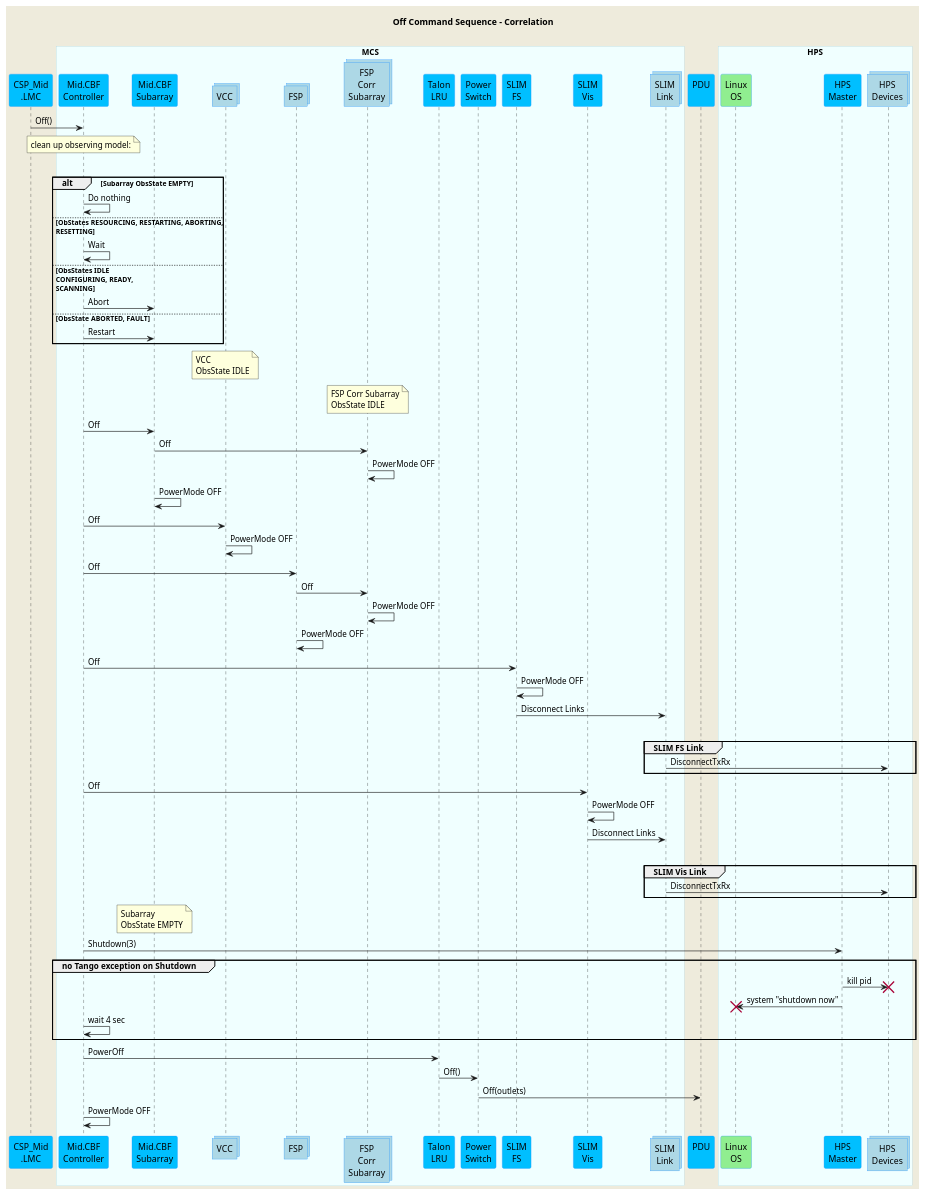
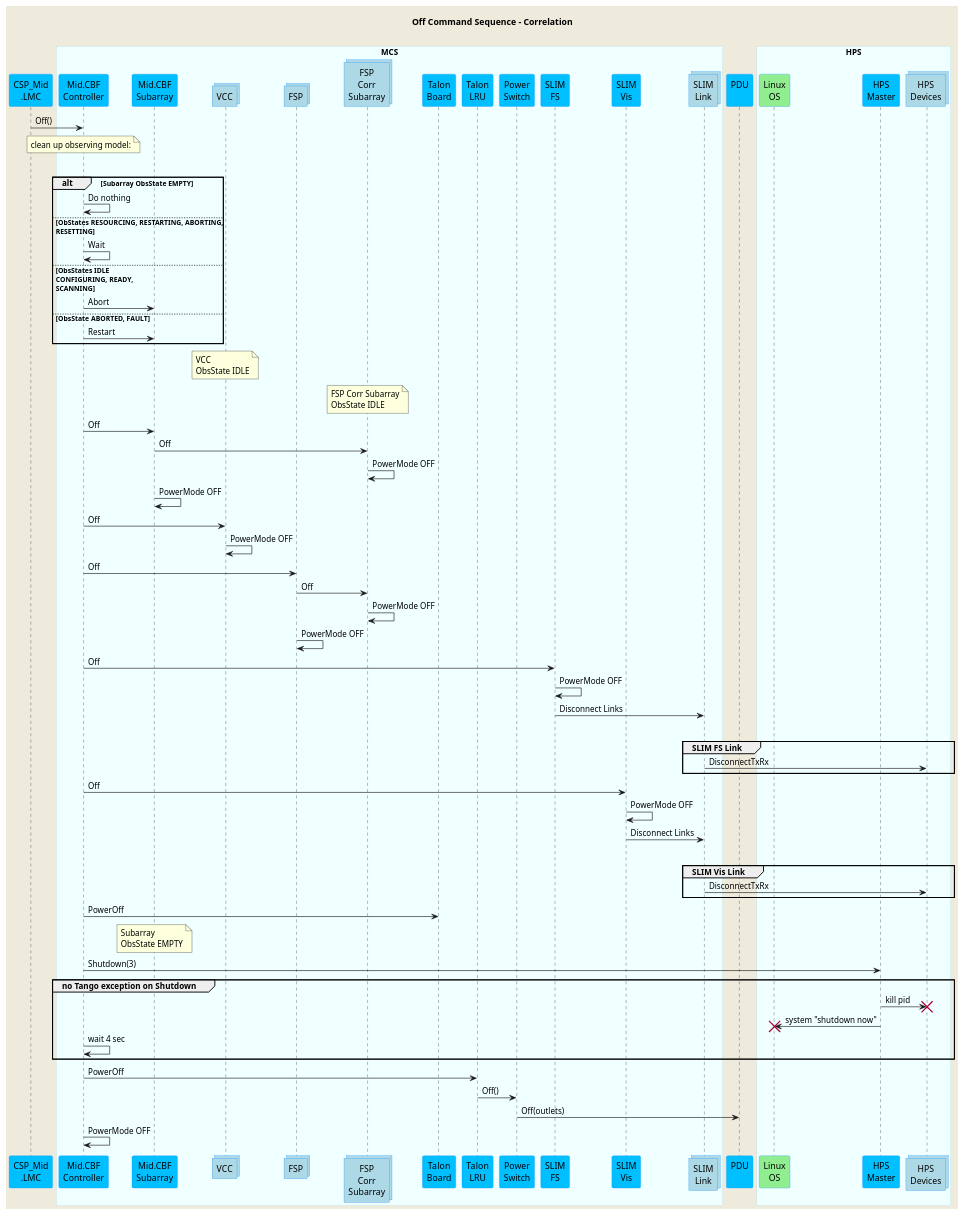
One commit to ska-telescope/mid-cbf-mcs changed the diagram in docs/src/diagrams/off-command-sequence.puml. Above: the diagram before and after it, drawn with PlantUML.

Commit message:
CIP-2365 - updating off sequence diagram to reflect off shutdown sequence change

```diff
--- a/docs/src/diagrams/off-command-sequence.puml
+++ b/docs/src/diagrams/off-command-sequence.puml
@@ -1,94 +1,96 @@
 @startuml
 'https://plantuml.com/sequence-diagram
 skinparam backgroundColor #EEEBDC
 skinparam sequence {
 ParticipantBorderColor DodgerBlue
 ParticipantBackgroundColor DeepSkyBlue
 ActorBorderColor DarkGreen
 ActorBackgroundColor Green
 BoxBorderColor LightBlue
 BoxBackgroundColor #F0FFFF
 }
 skinparam collections {
   BackGroundColor LightBlue
   BorderColor DodgerBlue
 }
 skinparam database {
   BackgroundColor LightGreen
   BorderColor DarkGreen
 }
 title Off Command Sequence - Correlation\n
 participant "CSP_Mid\n.LMC" as lmc
 box "MCS"
 participant "Mid.CBF\nController" as controller
 participant "Mid.CBF\nSubarray" as subarray
 collections "VCC" as vcc
 collections "FSP" as fsp
 collections "FSP\nCorr\nSubarray" as fspsubarray
+participant "Talon\nBoard" as talon_board
 participant "Talon\nLRU" as lru
 participant "Power\nSwitch" as switch
 participant "SLIM\nFS" as slim_fs
 participant "SLIM\nVis" as slim_vis
 collections "SLIM\nLink" as slimlink
 end box
 participant "PDU\n" as pdu
 box "HPS"
 participant "Linux\nOS" as os #LightGreen
 participant "HPS\nMaster" as hpsmaster
 collections "HPS\nDevices" as hpsdevices
 end box
 lmc        ->  controller    : Off()
 
 note over controller         : clean up observing model:
 
 loop until Subarray ObsState EMPTY or time exceeded
 alt Subarray ObsState EMPTY
 controller -> controller : Do nothing
 else ObStates RESOURCING, RESTARTING, ABORTING,\nRESETTING
 controller -> controller : Wait
 else ObsStates IDLE\nCONFIGURING, READY,\nSCANNING
 controller -> subarray   : Abort
 else ObsState ABORTED, FAULT
 controller -> subarray   : Restart
 end loop
 note over vcc            : VCC\nObsState IDLE
 note over fspsubarray    : FSP Corr Subarray\nObsState IDLE
 
 controller ->  subarray      : Off
 subarray   ->  fspsubarray   : Off
 fspsubarray->  fspsubarray   : PowerMode OFF
 subarray   ->  subarray      : PowerMode OFF
 controller ->  vcc           : Off
 vcc        ->  vcc           : PowerMode OFF
 controller ->  fsp           : Off
 fsp        ->  fspsubarray   : Off
 fspsubarray->  fspsubarray   : PowerMode OFF
 fsp        ->  fsp           : PowerMode OFF
 controller ->  slim_fs       : Off
 slim_fs    ->  slim_fs       : PowerMode OFF
 slim_fs    ->  slimlink      : Disconnect Links
 loop
 group SLIM FS Link
 slimlink   ->  hpsdevices    : DisconnectTxRx
 end loop
 controller ->  slim_vis      : Off
 slim_vis   ->  slim_vis      : PowerMode OFF
 slim_vis   ->  slimlink      : Disconnect Links
 loop
 group SLIM Vis Link
 slimlink   ->  hpsdevices    : DisconnectTxRx
 end loop
 
+controller ->  talon_board   : PowerOff
 note over subarray       : Subarray\nObsState EMPTY
 controller ->  hpsmaster     : Shutdown(3)
 group no Tango exception on Shutdown
 hpsmaster  ->  hpsdevices !! : kill pid
 hpsmaster  ->  os !!         : system "shutdown now"
 controller ->  controller    : wait 4 sec
 end group
 controller ->  lru           : PowerOff
 lru        ->  switch        : Off()
 switch     ->  pdu           : Off(outlets)
 
 controller ->  controller    : PowerMode OFF
 @enduml
```
